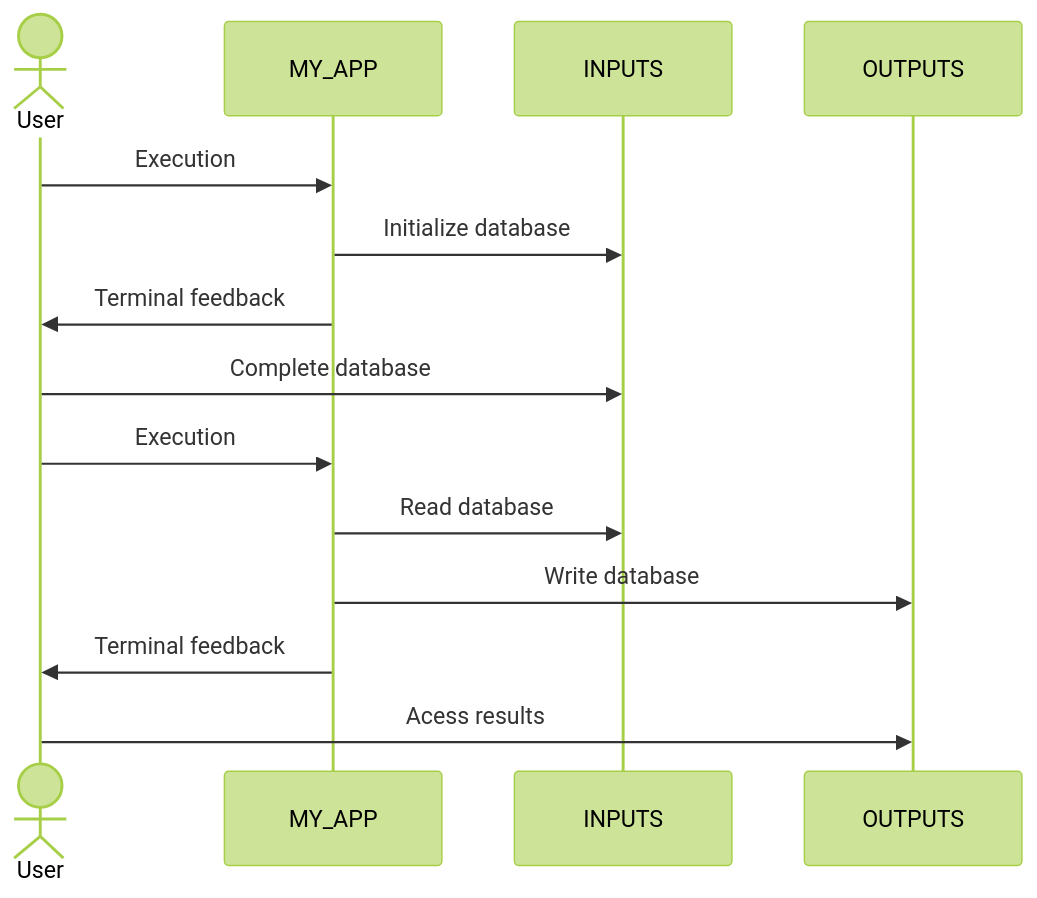
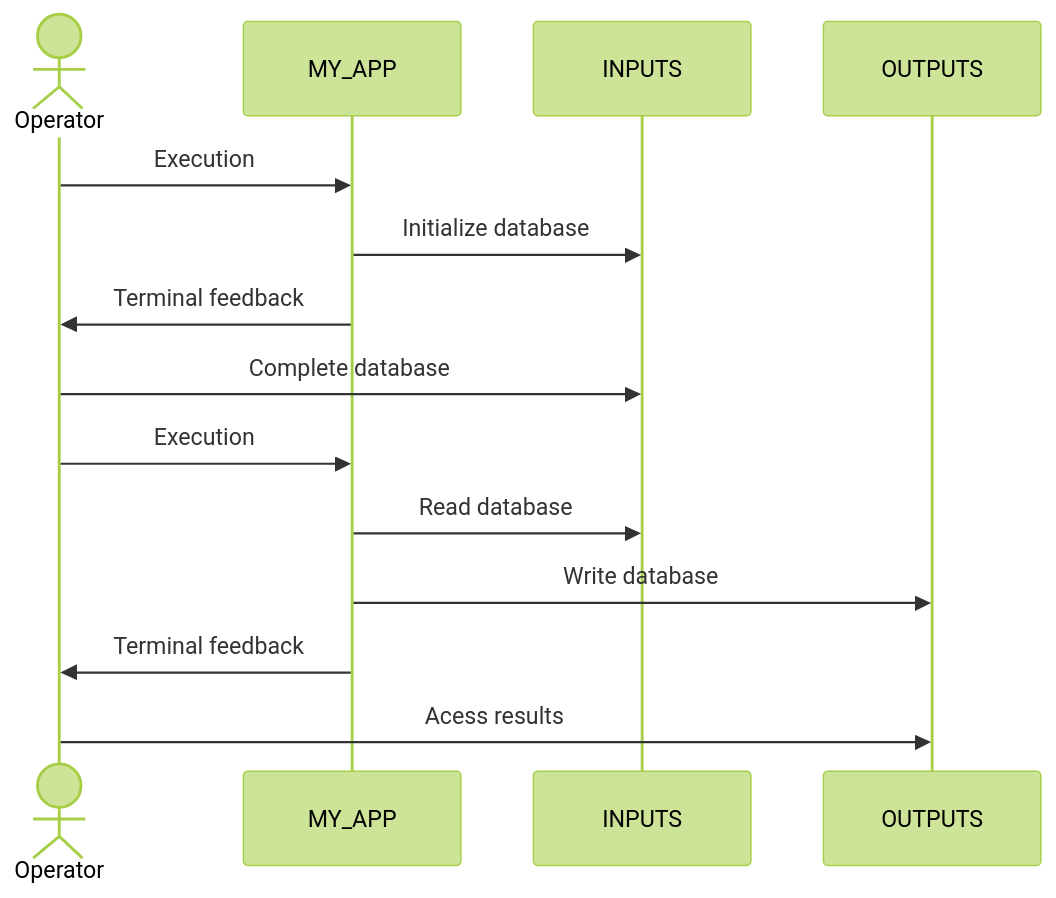
One commit to nuremics/nuremics changed diagram 13 of 15 in README.md. Above: the diagram before and after it, drawn with Mermaid (forest theme). The commit also changed other lines of this file, not shown here.

````diff
--- a/README.md
+++ b/README.md
@@ -390,13 +390,13 @@
 ```mermaid
 sequenceDiagram
-    actor User
-    User->>MY_APP: Execution
+    actor Operator
+    Operator->>MY_APP: Execution
     MY_APP->>INPUTS: Initialize database
-    MY_APP->>User: Terminal feedback
-    User->>INPUTS: Complete database
-    User->>MY_APP: Execution
+    MY_APP->>Operator: Terminal feedback
+    Operator->>INPUTS: Complete database
+    Operator->>MY_APP: Execution
     MY_APP->>INPUTS: Read database
     MY_APP->>OUTPUTS: Write database
-    MY_APP->>User: Terminal feedback
-    User->>OUTPUTS: Acess results
+    MY_APP->>Operator: Terminal feedback
+    Operator->>OUTPUTS: Acess results
 ```
````
